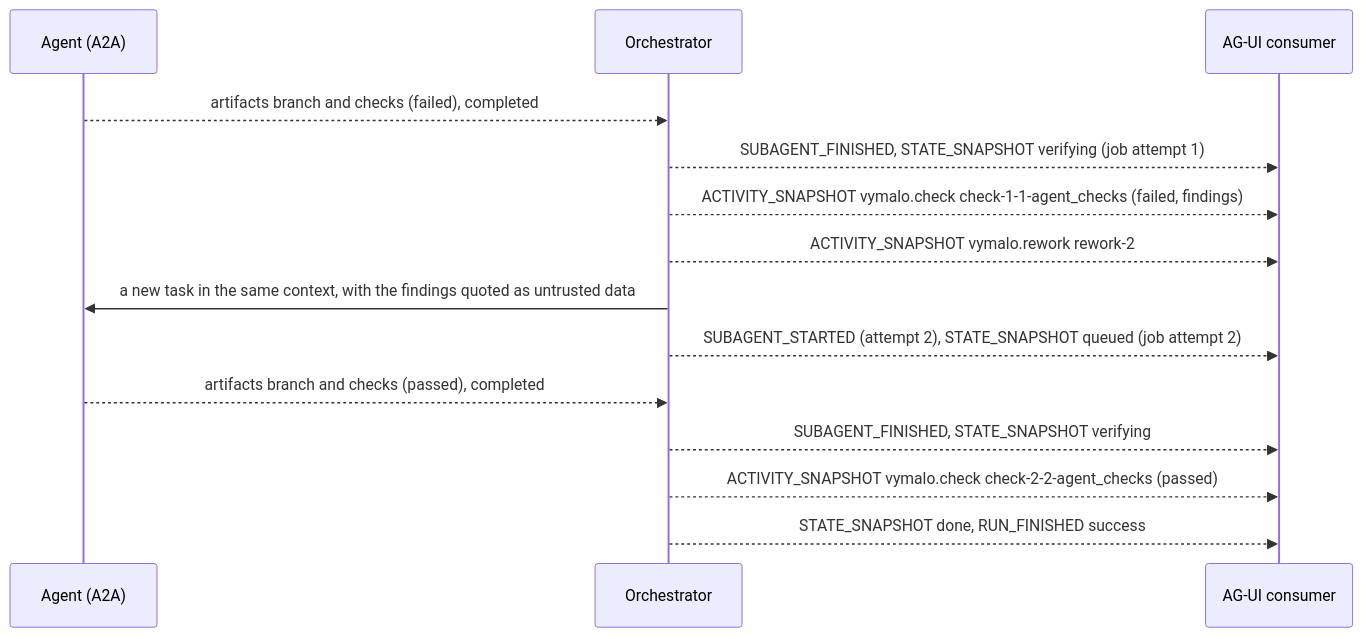
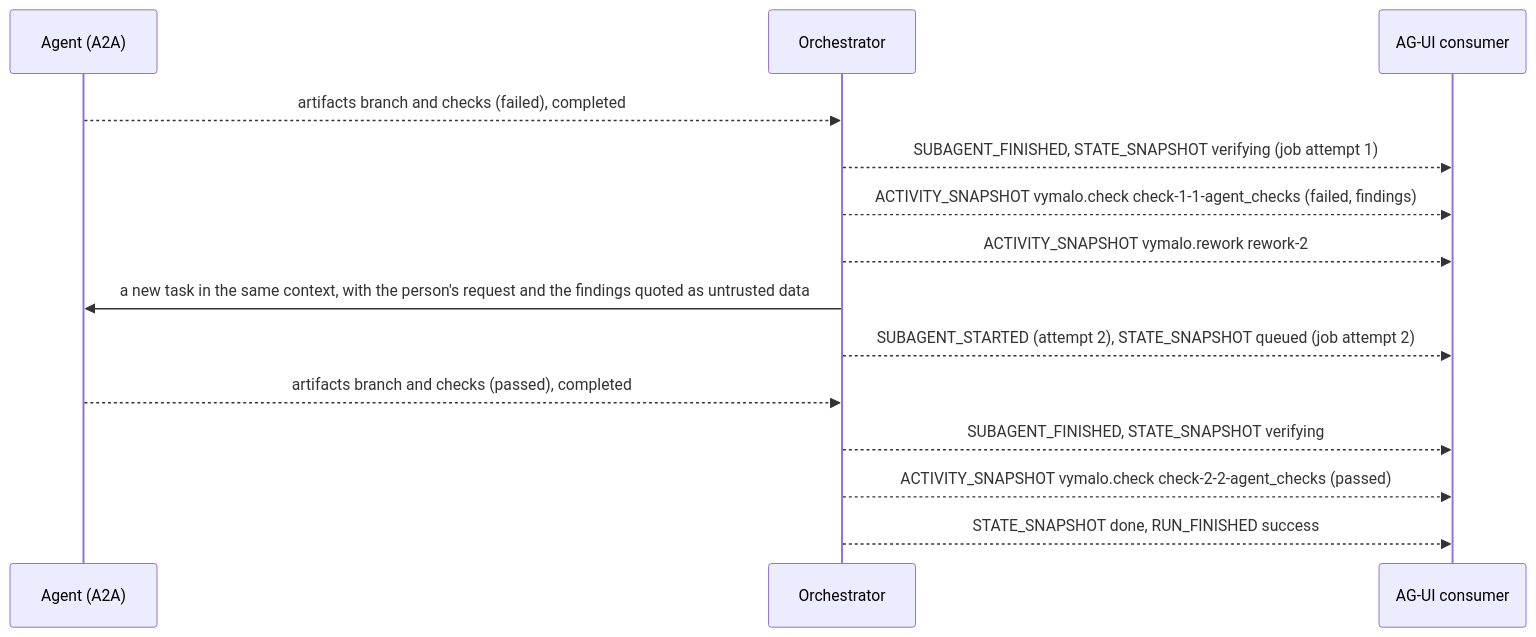
The first of 8 diagrams in docs/api/agui.md (vymalo/another-agentic-system), drawn with Mermaid before and after one commit. The commit also changed other lines of this file and 45 other files, not shown here.

````diff
--- a/docs/api/agui.md
+++ b/docs/api/agui.md
@@ -212,16 +212,16 @@
 ```mermaid
 sequenceDiagram
   participant W as Agent (A2A)
   participant O as Orchestrator
   participant U as AG-UI consumer
   W-->>O: artifacts branch and checks (failed), completed
   O-->>U: SUBAGENT_FINISHED, STATE_SNAPSHOT verifying (job attempt 1)
   O-->>U: ACTIVITY_SNAPSHOT vymalo.check check-1-1-agent_checks (failed, findings)
   O-->>U: ACTIVITY_SNAPSHOT vymalo.rework rework-2
-  O->>W: a new task in the same context, with the findings quoted as untrusted data
+  O->>W: a new task in the same context, with the person's request and the findings quoted as untrusted data
   O-->>U: SUBAGENT_STARTED (attempt 2), STATE_SNAPSHOT queued (job attempt 2)
   W-->>O: artifacts branch and checks (passed), completed
   O-->>U: SUBAGENT_FINISHED, STATE_SNAPSHOT verifying
   O-->>U: ACTIVITY_SNAPSHOT vymalo.check check-2-2-agent_checks (passed)
   O-->>U: STATE_SNAPSHOT done, RUN_FINISHED success
 ```
````
